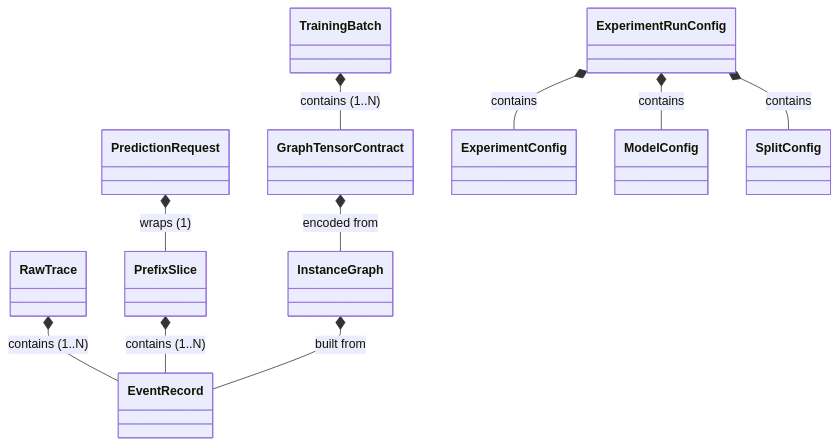
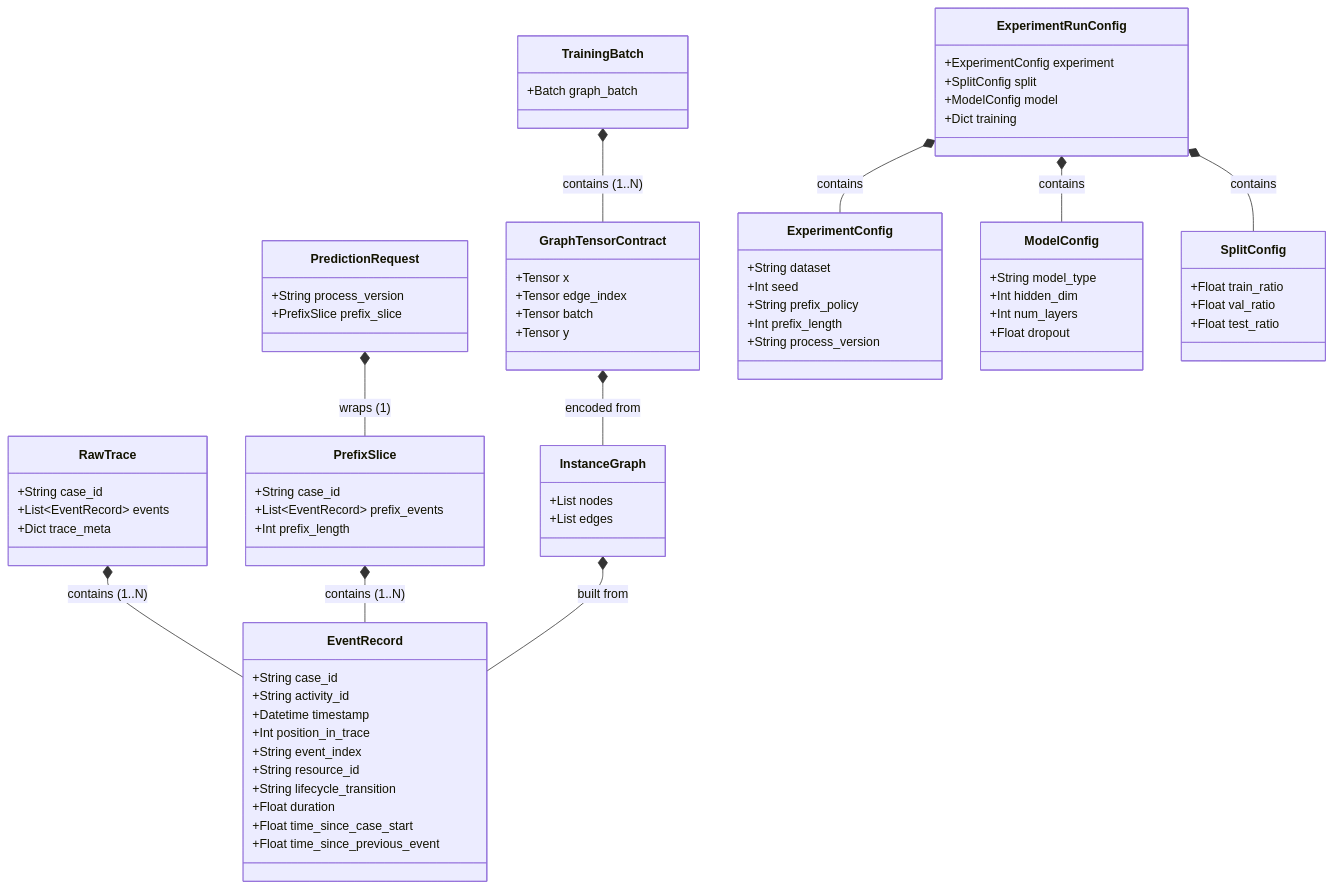
The first of 3 diagrams in DATA_MODEL_MVP1.MD (ghsrg/bpm_prediction), drawn with Mermaid before and after one commit.

Commit message:
Updated Data model

````diff
--- a/DATA_MODEL_MVP1.MD
+++ b/DATA_MODEL_MVP1.MD
@@ -219,5 +219,79 @@
 ```mermaid
 classDiagram
+    class EventRecord {
+        +String case_id
+        +String activity_id
+        +Datetime timestamp
+        +Int position_in_trace
+        +String event_index
+        +String resource_id
+        +String lifecycle_transition
+        +Float duration
+        +Float time_since_case_start
+        +Float time_since_previous_event
+    }
+    
+    class RawTrace {
+        +String case_id
+        +List~EventRecord~ events
+        +Dict trace_meta
+    }
+    
+    class PrefixSlice {
+        +String case_id
+        +List~EventRecord~ prefix_events
+        +Int prefix_length
+    }
+    
+    class PredictionRequest {
+        +String process_version
+        +PrefixSlice prefix_slice
+    }
+    
+    class InstanceGraph {
+        +List nodes
+        +List edges
+    }
+    
+    class GraphTensorContract {
+        +Tensor x
+        +Tensor edge_index
+        +Tensor batch
+        +Tensor y
+    }
+    
+    class TrainingBatch {
+        +Batch graph_batch
+    }
+
+    class ExperimentRunConfig {
+        +ExperimentConfig experiment
+        +SplitConfig split
+        +ModelConfig model
+        +Dict training
+    }
+
+    class ExperimentConfig {
+        +String dataset
+        +Int seed
+        +String prefix_policy
+        +Int prefix_length
+        +String process_version
+    }
+
+    class ModelConfig {
+        +String model_type
+        +Int hidden_dim
+        +Int num_layers
+        +Float dropout
+    }
+
+    class SplitConfig {
+        +Float train_ratio
+        +Float val_ratio
+        +Float test_ratio
+    }
+
     %% Adapters & DTOs
     RawTrace *-- EventRecord : contains (1..N)
     PrefixSlice *-- EventRecord : contains (1..N)
````
